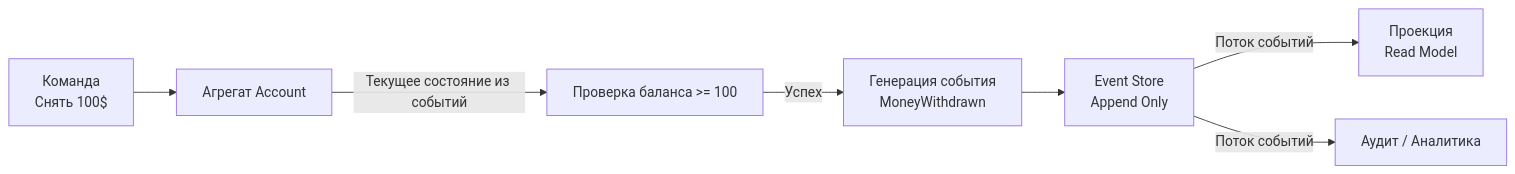
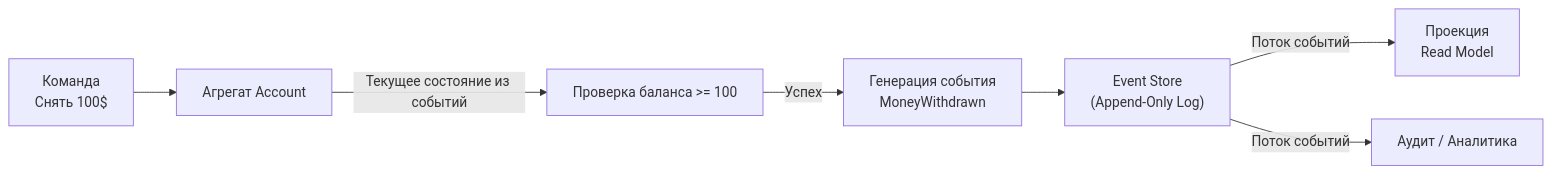
Before and after one commit to UnrealTemplier/go-textbook: the diagram in sources/14. Распределенные системы на Go/09. Паттерны/3. Event sourcing.md, drawn with Mermaid. The commit also changed other lines of this file, not shown here.

Commit message:
feat(module-14): editorial rewrite of lecture 3 (Event sourcing) in Subsection 9 in Kernighan style

````diff
--- a/sources/14. Распределенные системы на Go/09. Паттерны/3. Event sourcing.md
+++ b/sources/14. Распределенные системы на Go/09. Паттерны/3. Event sourcing.md
@@ -31,10 +40,10 @@
 ```mermaid
 flowchart LR
     A["Команда<br>Снять 100$"] --> B["Агрегат Account"]
     B -->|Текущее состояние из событий| C["Проверка баланса >= 100"]
     C -->|Успех| D["Генерация события<br>MoneyWithdrawn"]
-    D --> E["Event Store<br>Append Only"]
+    D --> E["Event Store<br>(Append-Only Log)"]
     
     E -->|Поток событий| F["Проекция<br>Read Model"]
     E -->|Поток событий| G["Аудит / Аналитика"]
 ```
````
